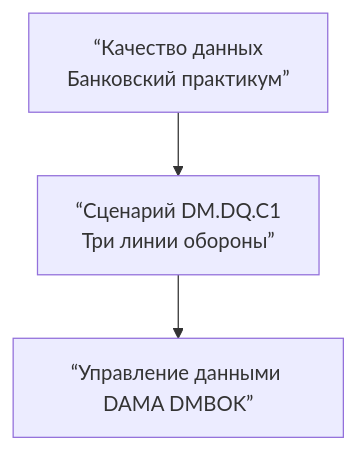
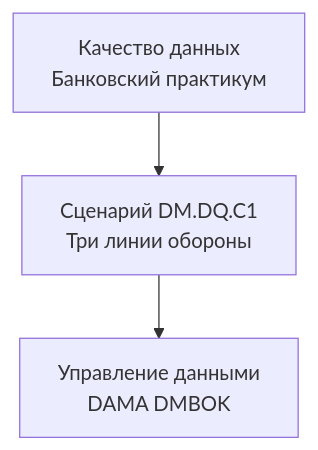
Before and after one commit to bpmbpm/doc: the first of 13 diagrams in EA/DataQuality/case/case1/course/course_v2.md, drawn with Mermaid. The commit also changed other lines of this file, not shown here.

````diff
--- a/EA/DataQuality/case/case1/course/course_v2.md
+++ b/EA/DataQuality/case/case1/course/course_v2.md
@@ -16,9 +15,9 @@
 ```mermaid
 flowchart TD
-    A[“Качество данных<br>Банковский практикум”]
-    B[“Сценарий DM.DQ.C1<br>Три линии обороны”]
-    C[“Управление данными DAMA DMBOK”]
+    A["Качество данных<br>Банковский практикум"]
+    B["Сценарий DM.DQ.C1<br>Три линии обороны"]
+    C["Управление данными<br>DAMA DMBOK"]
     
     A --> B
     B --> C
 ```
````
